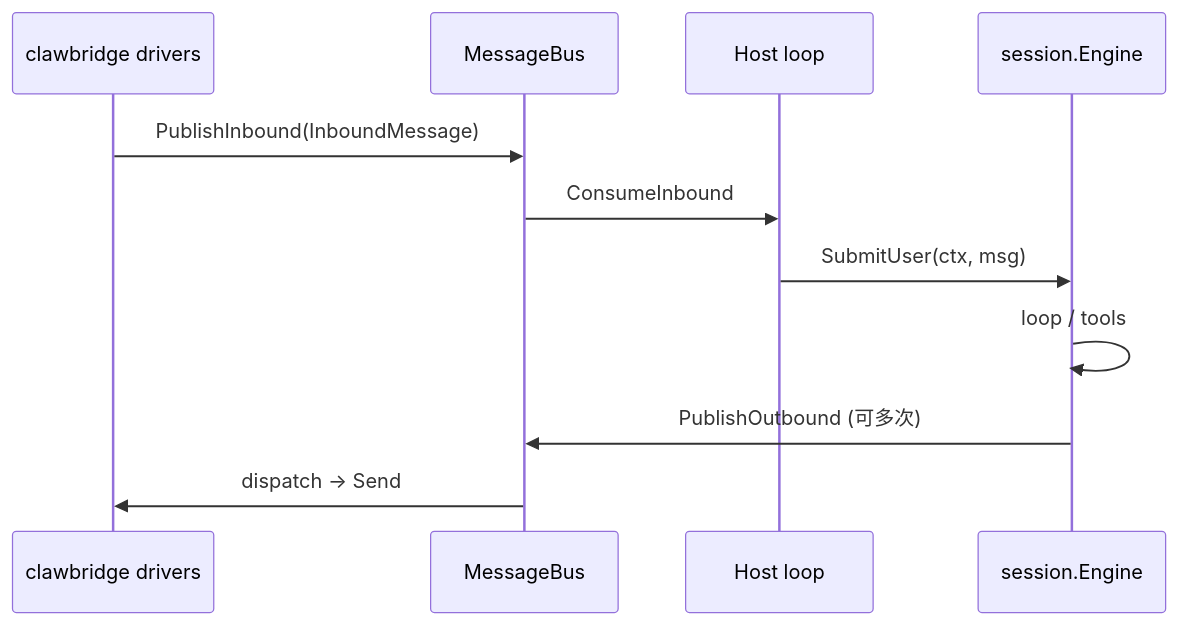
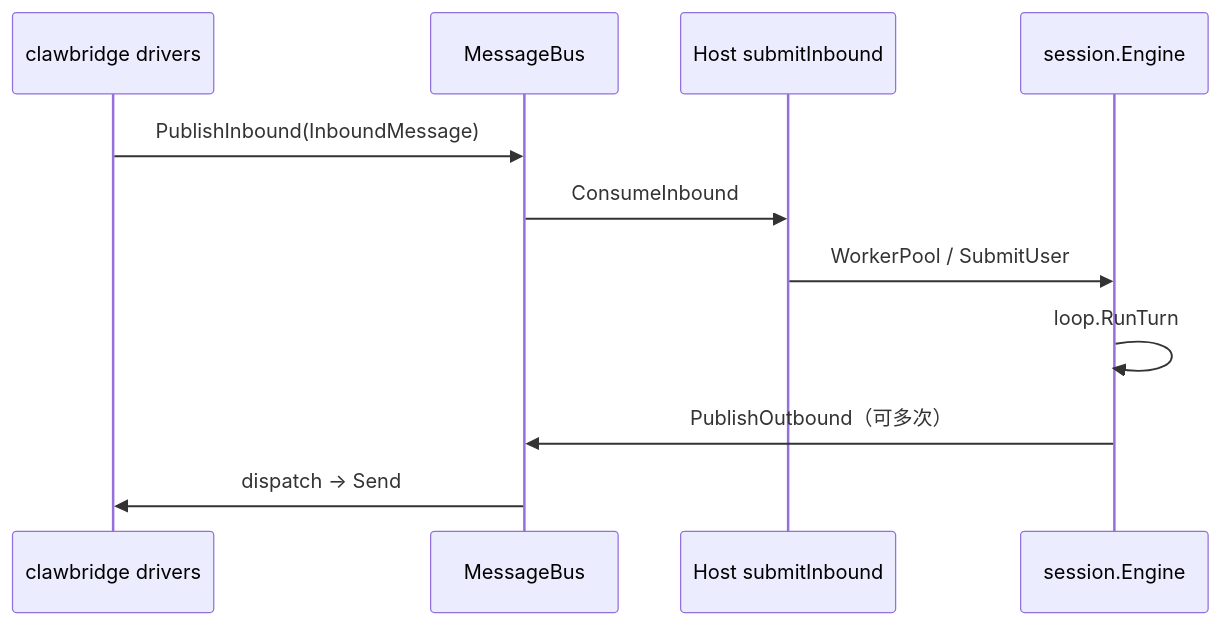
Before and after one commit to lengzhao/oneclaw: the diagram in docs/clawbridge-migration-design.md, drawn with Mermaid. The commit also changed other lines of this file and 29 other files, not shown here.

````diff
--- a/docs/clawbridge-migration-design.md
+++ b/docs/clawbridge-migration-design.md
@@ -91,14 +85,14 @@
 ```mermaid
 sequenceDiagram
   participant D as clawbridge drivers
   participant B as MessageBus
-  participant H as Host loop
+  participant H as Host submitInbound
   participant E as session.Engine
 
   D->>B: PublishInbound(InboundMessage)
   B->>H: ConsumeInbound
-  H->>E: SubmitUser(ctx, msg)
-  E->>E: loop / tools
-  E->>B: PublishOutbound (可多次)
+  H->>E: WorkerPool / SubmitUser
+  E->>E: loop.RunTurn
+  E->>B: PublishOutbound（可多次）
   B->>D: dispatch -> Send
 ```
````
